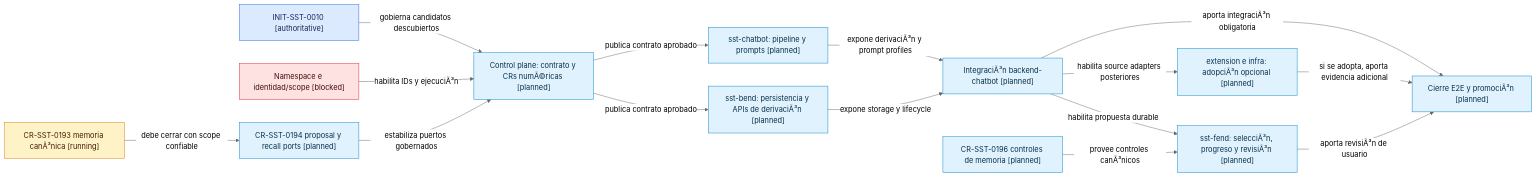
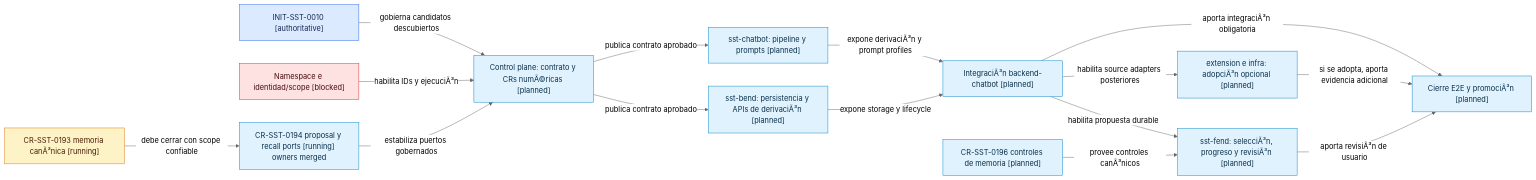
One commit to afpogo/4uentes-ards-control-plane changed the diagram in evidence/initiatives/INIT-SST-0010/paragraph-sequential-derivation-adoption-plan.md. Above: the diagram before and after it, drawn with Mermaid (neutral theme). The commit also changed other lines of this file and 4 other files, not shown here.

````diff
--- a/evidence/initiatives/INIT-SST-0010/paragraph-sequential-derivation-adoption-plan.md
+++ b/evidence/initiatives/INIT-SST-0010/paragraph-sequential-derivation-adoption-plan.md
@@ -62,39 +62,39 @@
 ```mermaid
 flowchart LR
     INIT["INIT-SST-0010 [authoritative]"]
     NS["Namespace e identidad/scope [blocked]"]
     M["CR-SST-0193 memoria canÃ³nica [running]"]
-    H["CR-SST-0194 proposal y recall ports [planned]"]
+    H["CR-SST-0194 proposal y recall ports [running] owners merged"]
     CP["Control plane: contrato y CRs numÃ©ricas [planned]"]
     BE["sst-bend: persistencia y APIs de derivaciÃ³n [planned]"]
     BOT["sst-chatbot: pipeline y prompts [planned]"]
     INT["IntegraciÃ³n backend-chatbot [planned]"]
     UXBASE["CR-SST-0196 controles de memoria [planned]"]
     FE["sst-fend: selecciÃ³n, progreso y revisiÃ³n [planned]"]
     OPT["extension e infra: adopciÃ³n opcional [planned]"]
     E2E["Cierre E2E y promociÃ³n [planned]"]
 
     INIT -->|"gobierna candidatos descubiertos"| CP
     NS -->|"habilita IDs y ejecuciÃ³n"| CP
     M -->|"debe cerrar con scope confiable"| H
     H -->|"estabiliza puertos gobernados"| CP
     CP -->|"publica contrato aprobado"| BE
     CP -->|"publica contrato aprobado"| BOT
     BE -->|"expone storage y lifecycle"| INT
     BOT -->|"expone derivaciÃ³n y prompt profiles"| INT
     INT -->|"habilita propuesta durable"| FE
     UXBASE -->|"provee controles canÃ³nicos"| FE
     INT -->|"habilita source adapters posteriores"| OPT
     FE -->|"aporta revisiÃ³n de usuario"| E2E
     OPT -->|"si se adopta, aporta evidencia adicional"| E2E
     INT -->|"aporta integraciÃ³n obligatoria"| E2E
 
     classDef authoritative fill:#dbeafe,stroke:#2563eb,color:#172554
     classDef running fill:#fef3c7,stroke:#d97706,color:#451a03
     classDef blocked fill:#fee2e2,stroke:#dc2626,color:#450a0a
     classDef planned fill:#e0f2fe,stroke:#0284c7,color:#082f49
     class INIT authoritative
     class M running
     class NS blocked
     class H,CP,BE,BOT,INT,UXBASE,FE,OPT,E2E planned
 ```
````
